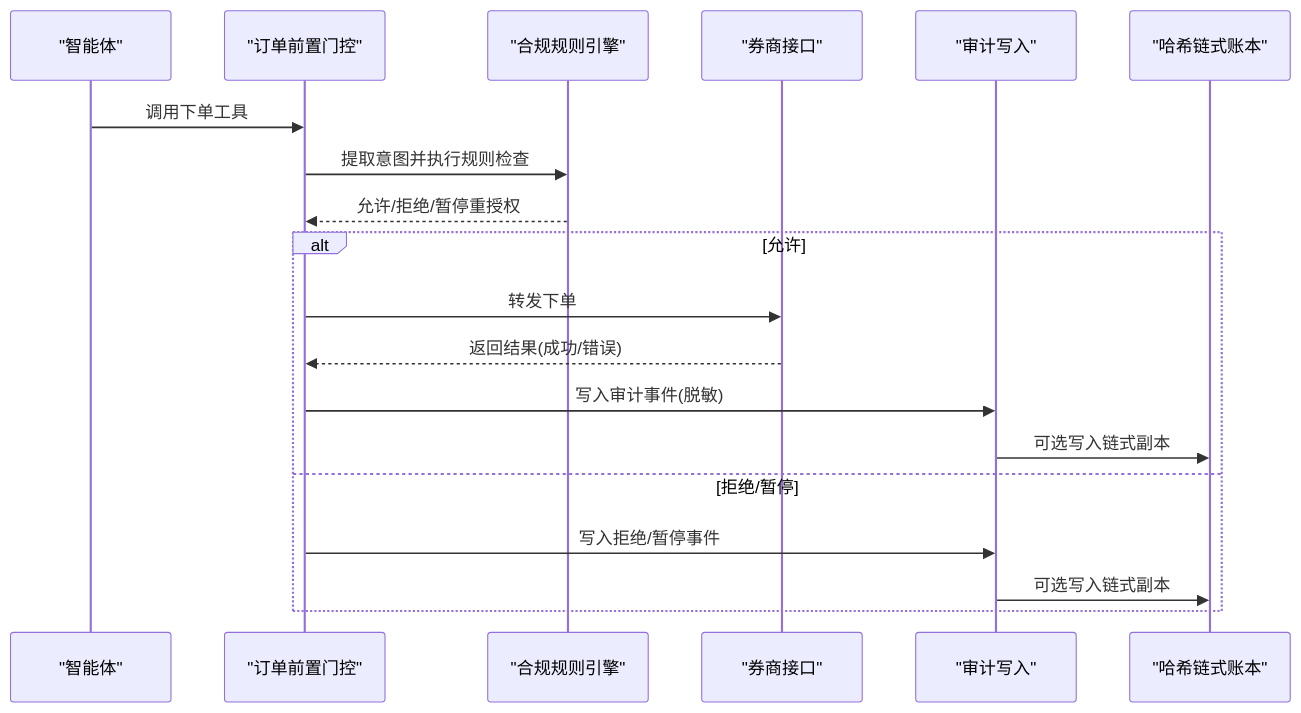
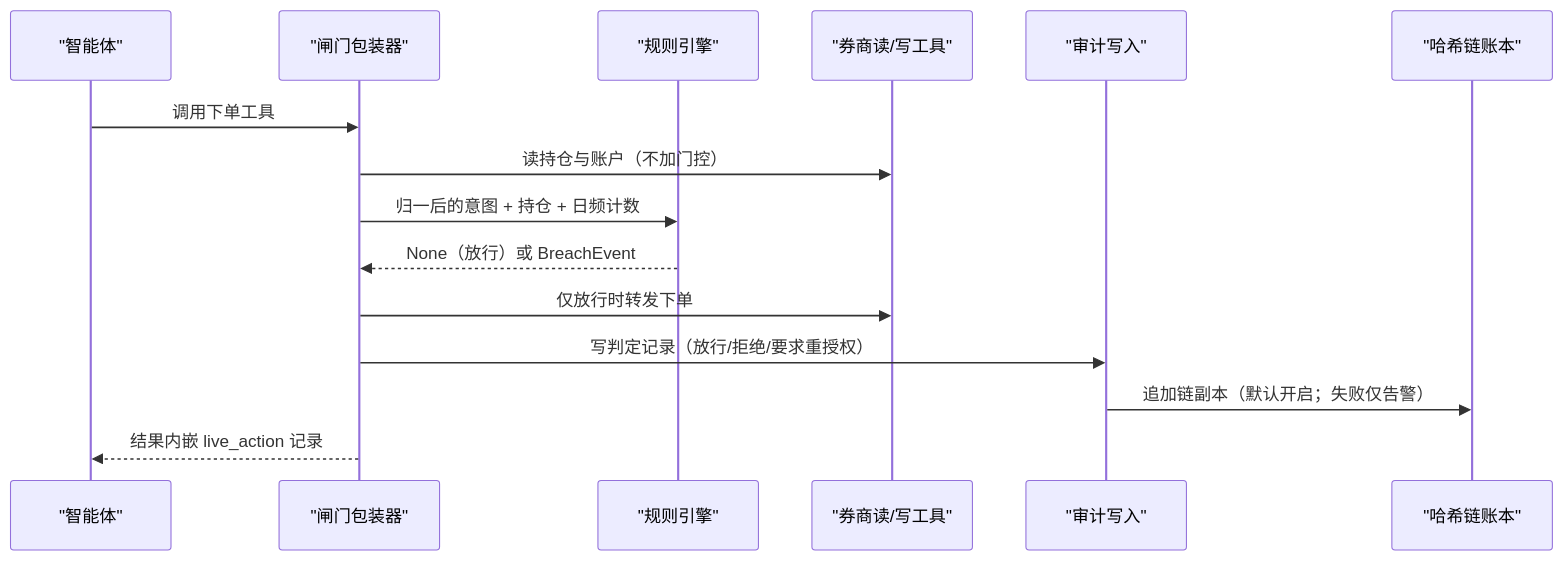
The first of 4 diagrams in repowiki/topics/安全与治理/审计日志.md (hjfire/vibe-trading-fw), drawn with Mermaid before and after one commit. The commit also changed other lines of this file and 5 other files, not shown here.

````diff
--- a/repowiki/topics/安全与治理/审计日志.md
+++ b/repowiki/topics/安全与治理/审计日志.md
@@ -98,21 +72,17 @@
 ```mermaid
 sequenceDiagram
 participant Agent as "智能体"
-participant Guard as "订单前置门控"
-participant Enforce as "合规规则引擎"
-participant Broker as "券商接口"
+participant Guard as "闸门包装器"
+participant Enforce as "规则引擎"
+participant Broker as "券商读/写工具"
 participant Audit as "审计写入"
-participant Ledger as "哈希链式账本"
+participant Chain as "哈希链账本"
 Agent->>Guard : 调用下单工具
-Guard->>Enforce : 提取意图并执行规则检查
-Enforce-->>Guard : 允许/拒绝/暂停重授权
-alt 允许
-Guard->>Broker : 转发下单
-Broker-->>Guard : 返回结果(成功/错误)
-Guard->>Audit : 写入审计事件(脱敏)
-Audit->>Ledger : 可选写入链式副本
-else 拒绝/暂停
-Guard->>Audit : 写入拒绝/暂停事件
-Audit->>Ledger : 可选写入链式副本
-end
+Guard->>Broker : 读持仓与账户（不加门控）
+Guard->>Enforce : 归一后的意图 + 持仓 + 日频计数
+Enforce-->>Guard : None（放行）或 BreachEvent
+Guard->>Broker : 仅放行时转发下单
+Guard->>Audit : 写判定记录（放行/拒绝/要求重授权）
+Audit->>Chain : 追加链副本（默认开启；失败仅告警）
+Guard-->>Agent : 结果内嵌 live_action 记录
 ```
````
